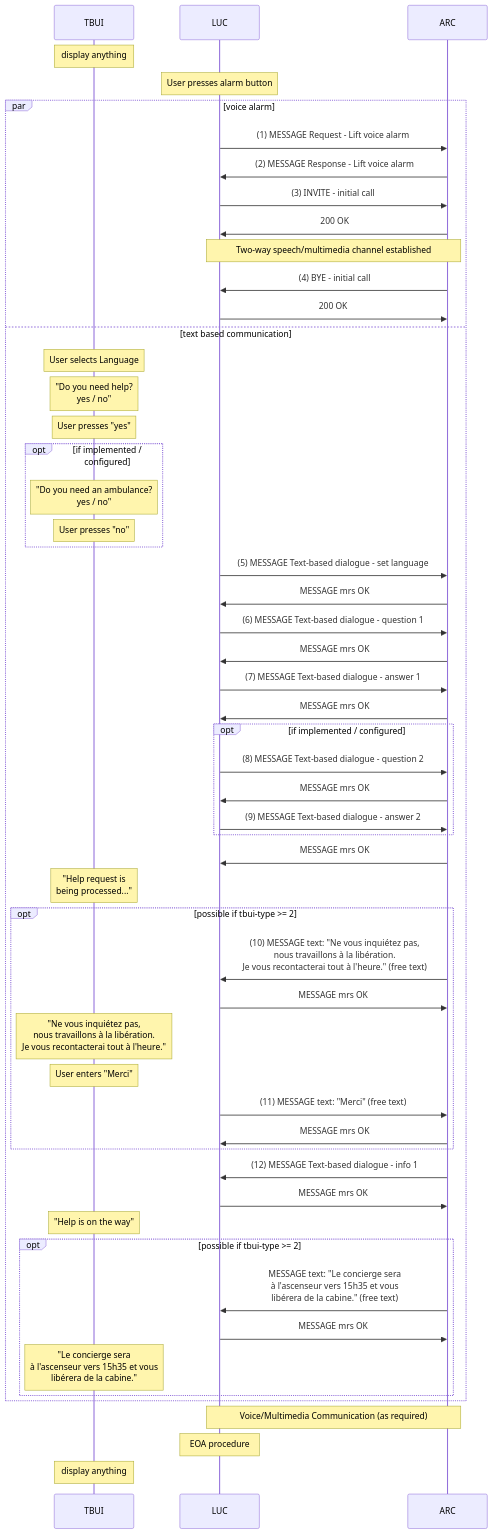
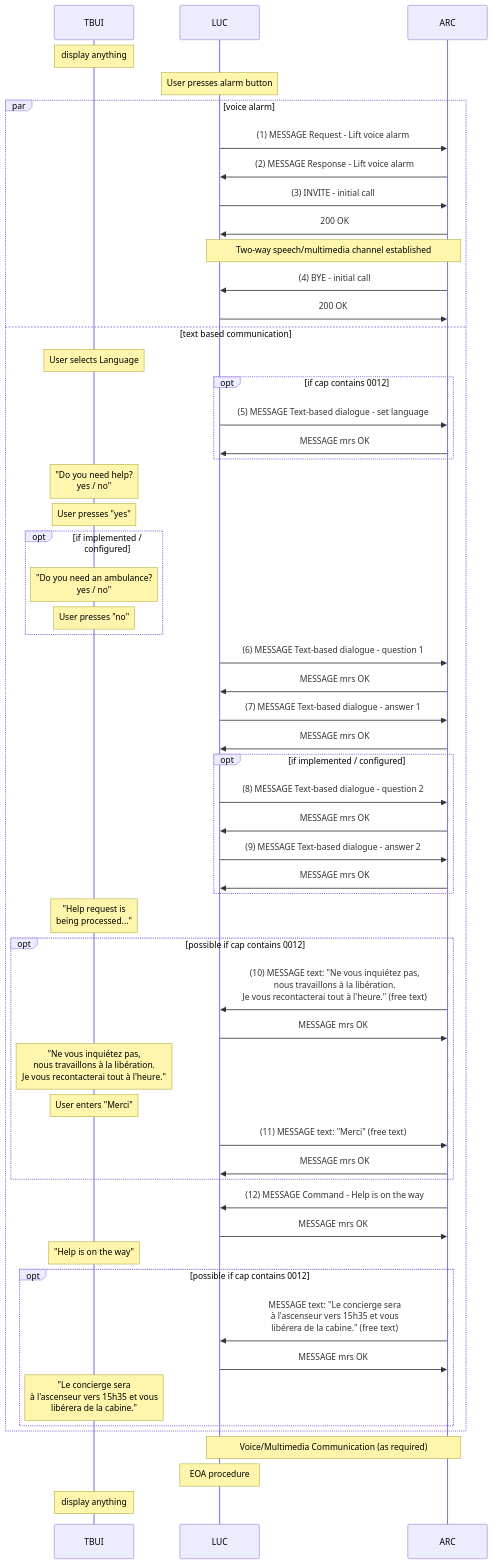
One commit to Telegartner-Elektronik/LACS-Protocol changed diagram 11 of 12 in LACS-usecases.md. Above: the diagram before and after it, drawn with Mermaid. The commit also changed other lines of this file and 10 other files, not shown here.

````diff
--- a/LACS-usecases.md
+++ b/LACS-usecases.md
@@ -982,66 +1683,68 @@
 ```mermaid
 sequenceDiagram
     participant TBUI
     participant LUC
     participant ARC
 
     Note over TBUI: display anything
     Note over LUC: User presses alarm button
 
     par voice alarm
-    	LUC->>ARC: (1) MESSAGE Request - Lift voice alarm
+        LUC->>ARC: (1) MESSAGE Request - Lift voice alarm
         ARC->>LUC: (2) MESSAGE Response - Lift voice alarm
 
         LUC->>ARC: (3) INVITE - initial call
         ARC->>LUC: 200 OK
         Note over LUC, ARC: Two-way speech/multimedia channel established
 
         ARC->>LUC: (4) BYE - initial call
         LUC->>ARC: 200 OK
 
     and text based communication
-		Note over TBUI: User selects Language
+        Note over TBUI: User selects Language
+        opt if cap contains 0012
+            LUC->>ARC: (5) MESSAGE Text-based dialogue - set language
+            ARC->>LUC: MESSAGE mrs OK
+        end
         Note over TBUI: "Do you need help?<br>yes / no"
-		Note over TBUI: User presses "yes"
-		opt if implemented / configured
+        Note over TBUI: User presses "yes"
+        opt if implemented / configured
             Note over TBUI: "Do you need an ambulance?<br>yes / no"
             Note over TBUI: User presses "no"
         end
 
-		LUC->>ARC: (5) MESSAGE Text-based dialogue - set language
-        ARC->>LUC: MESSAGE mrs OK
         LUC->>ARC: (6) MESSAGE Text-based dialogue - question 1
         ARC->>LUC: MESSAGE mrs OK
         LUC->>ARC: (7) MESSAGE Text-based dialogue - answer 1
         ARC->>LUC: MESSAGE mrs OK
         opt if implemented / configured
             LUC->>ARC: (8) MESSAGE Text-based dialogue - question 2
             ARC->>LUC: MESSAGE mrs OK
             LUC->>ARC: (9) MESSAGE Text-based dialogue - answer 2
+            ARC->>LUC: MESSAGE mrs OK
         end
-        ARC->>LUC: MESSAGE mrs OK
         Note over TBUI: "Help request is<br> being processed..."
-        opt possible if tbui-type >= 2
-        	ARC->>LUC: (10) MESSAGE text: "Ne vous inquiétez pas,<br> nous travaillons à la libération.<br> Je vous recontacterai tout à l'heure." (free text)
-        	LUC->>ARC: MESSAGE mrs OK
-        	Note over TBUI: "Ne vous inquiétez pas,<br> nous travaillons à la libération.<br> Je vous recontacterai tout à l'heure."
-        	Note over TBUI: User enters "Merci"
- 	   		LUC->>ARC: (11) MESSAGE text: "Merci" (free text)
- 	   		ARC->>LUC: MESSAGE mrs OK
+        opt possible if cap contains 0012
+            ARC->>LUC: (10) MESSAGE text: "Ne vous inquiétez pas,<br> nous travaillons à la libération.<br> Je vous recontacterai tout à l'heure." (free text)
+            LUC->>ARC: MESSAGE mrs OK
+            Note over TBUI: "Ne vous inquiétez pas,<br> nous travaillons à la libération.<br> Je vous recontacterai tout à l'heure."
+            Note over TBUI: User enters "Merci"
+                LUC->>ARC: (11) MESSAGE text: "Merci" (free text)
+                ARC->>LUC: MESSAGE mrs OK
         end
-		ARC->>LUC: (12) MESSAGE Text-based dialogue - info 1
-		LUC->>ARC: MESSAGE mrs OK
-		Note over TBUI: "Help is on the way"
-		opt possible if tbui-type >= 2
-        	ARC->>LUC: MESSAGE text: "Le concierge sera<br> à l'ascenseur vers 15h35 et vous<br> libérera de la cabine." (free text)
-        	LUC->>ARC: MESSAGE mrs OK
-        	Note over TBUI: "Le concierge sera<br> à l'ascenseur vers 15h35 et vous<br> libérera de la cabine."
+        ARC->>LUC: (12) MESSAGE Command - Help is on the way
+        LUC->>ARC: MESSAGE mrs OK
+        Note over TBUI: "Help is on the way"
+        opt possible if cap contains 0012
+            ARC->>LUC: MESSAGE text: "Le concierge sera<br> à l'ascenseur vers 15h35 et vous<br> libérera de la cabine." (free text)
+            LUC->>ARC: MESSAGE mrs OK
+            Note over TBUI: "Le concierge sera<br> à l'ascenseur vers 15h35 et vous<br> libérera de la cabine."
         end
-	end
+    end
 
     Note over ARC,LUC: Voice/Multimedia Communication (as required)
 
     Note over LUC: EOA procedure
     Note over TBUI: display anything
 
 ```
````
